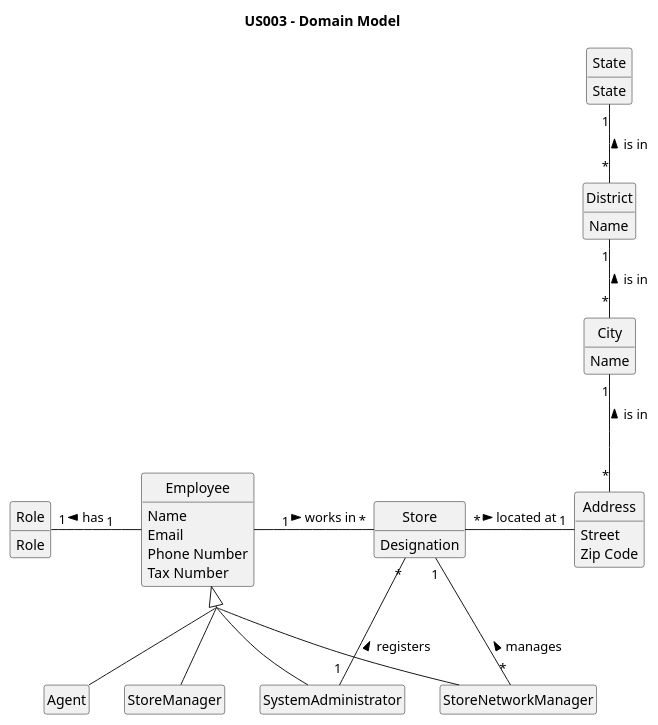
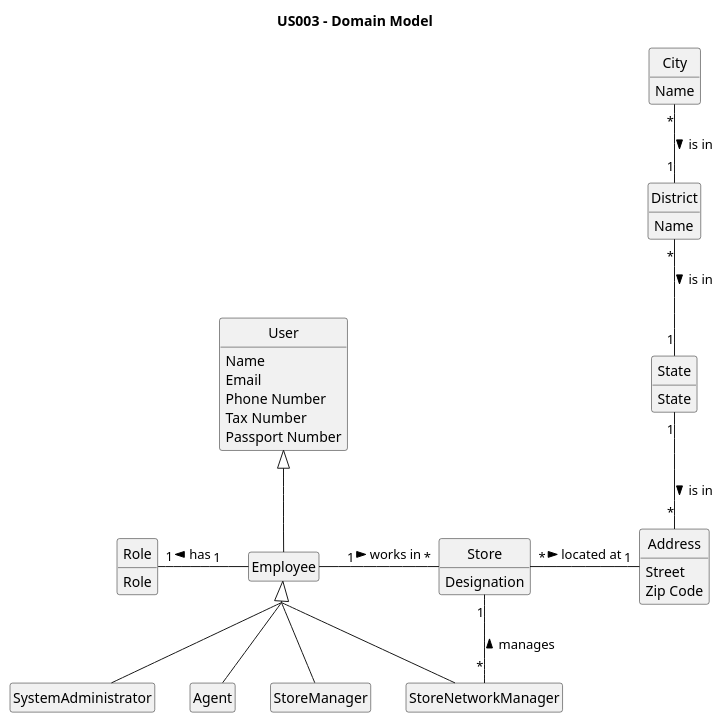
Before and after one commit to PureNimble/ISEP-LAPR2: the diagram in docs/sprintB/US03/02.analysis/puml/us03-domain-model.puml, drawn with PlantUML.

Commit message:
US03-Updating the DM puml sprintB

```diff
--- a/docs/sprintB/US03/02.analysis/puml/us03-domain-model.puml
+++ b/docs/sprintB/US03/02.analysis/puml/us03-domain-model.puml
@@ -1,91 +1,98 @@
 @startuml
 'https://plantuml.com/class-diagram
 
 title US003 - Domain Model
 
 skinparam monochrome true
 skinparam packageStyle rectangle
 skinparam shadowing false
 hide empty members
 skinparam groupInheritance 3
 hide circle
 
 class SystemAdministrator
+
+class User
 
 class Employee
 
 class Role
 
 class SystemAdministrator
 
 class Agent
 
 class StoreManager
 
 class StoreNetworkManager
 
 class Store
 
 class Address
+
+class User{
+Name
+Email
+Phone Number
+Tax Number
+Passport Number
+}
 
 class Role {
 Role
 }
 
 class Store {
 Designation
 
 }
 
 class Address {
 Street
 Zip Code
 }
 
 class District{
 Name
 }
 
 class City{
 Name
 }
 
 class State{
 State
 }
 
 class SystemAdministrator {
 }
 
 class Employee {
-Name
-Email
-Phone Number
-Tax Number
+
 }
 
 
 
+User <|-- Employee
 
 Employee <|-- Agent
 Employee <|-- StoreNetworkManager
 Employee <|-- StoreManager
 Employee <|-- SystemAdministrator
 
-SystemAdministrator "1" -left- "*" Store : registers >
 
 Store "*" - "1" Address : located at >
 Employee "1" - "*" Store : works in >
 
 Employee "1" -left "1" Role : has >
 
 Store "1" -- "*" StoreNetworkManager : manages <
 
-City "1" -- "*" Address : is in <
+State "1" -- "*" Address : is in >
 
-District "1" -- "*" City : is in <
+District "*" -- "1" State : is in >
 
-State "1" -- "*" District :is in <
+City "*" -- "1" District :is in >
 
 
 @enduml
```
